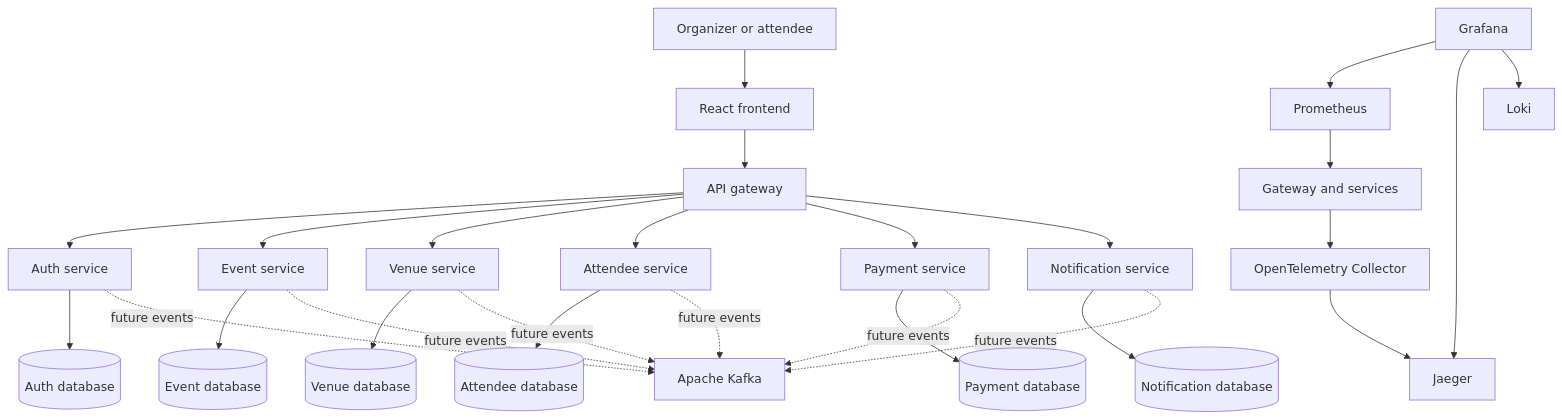
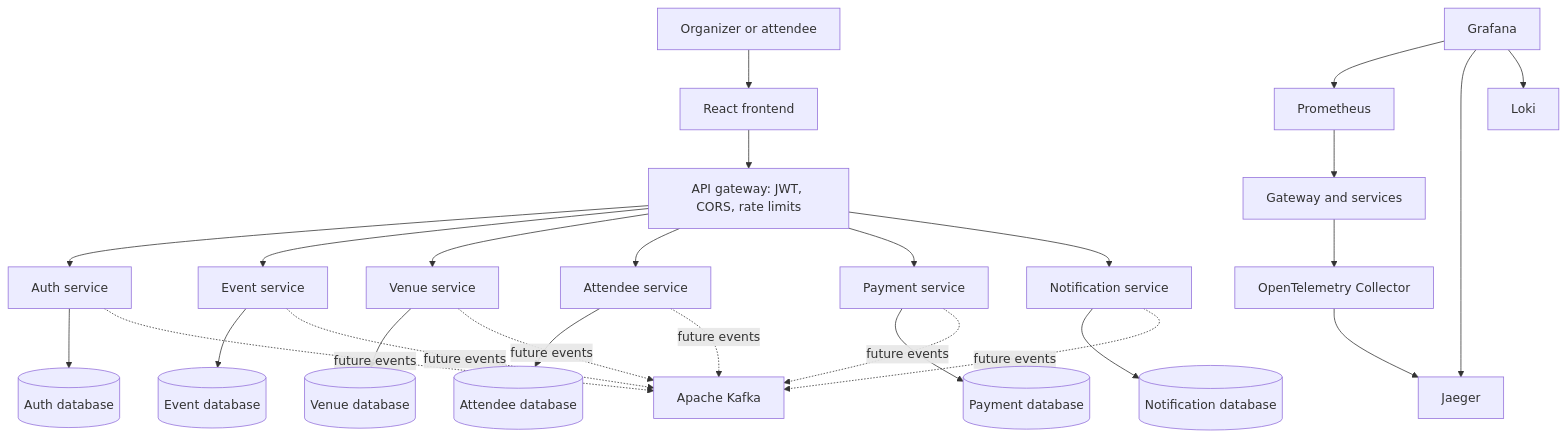
Before and after one commit to Abdelrahman2411200/Event-Management-platform: the diagram in docs/architecture/system-context.md, drawn with Mermaid. The commit also changed other lines of this file and 72 other files, not shown here.

````diff
--- a/docs/architecture/system-context.md
+++ b/docs/architecture/system-context.md
@@ -7,33 +7,33 @@
 ```mermaid
 flowchart TB
     User[Organizer or attendee] --> Frontend[React frontend]
-    Frontend --> Gateway[API gateway]
+    Frontend --> Gateway[API gateway: JWT, CORS, rate limits]
 
     Gateway --> Auth[Auth service]
     Gateway --> Events[Event service]
     Gateway --> Venues[Venue service]
     Gateway --> Attendees[Attendee service]
     Gateway --> Payments[Payment service]
     Gateway --> Notifications[Notification service]
 
     Auth --> AuthDb[(Auth database)]
     Events --> EventDb[(Event database)]
     Venues --> VenueDb[(Venue database)]
     Attendees --> AttendeeDb[(Attendee database)]
     Payments --> PaymentDb[(Payment database)]
     Notifications --> NotificationDb[(Notification database)]
 
     Auth -. future events .-> Kafka[Apache Kafka]
     Events -. future events .-> Kafka
     Venues -. future events .-> Kafka
     Attendees -. future events .-> Kafka
     Payments -. future events .-> Kafka
     Notifications -. future events .-> Kafka
 
     Services[Gateway and services] --> OTel[OpenTelemetry Collector]
     OTel --> Jaeger[Jaeger]
     Prometheus[Prometheus] --> Services
     Grafana[Grafana] --> Prometheus
     Grafana --> Jaeger
     Grafana --> Loki[Loki]
 ```
````
